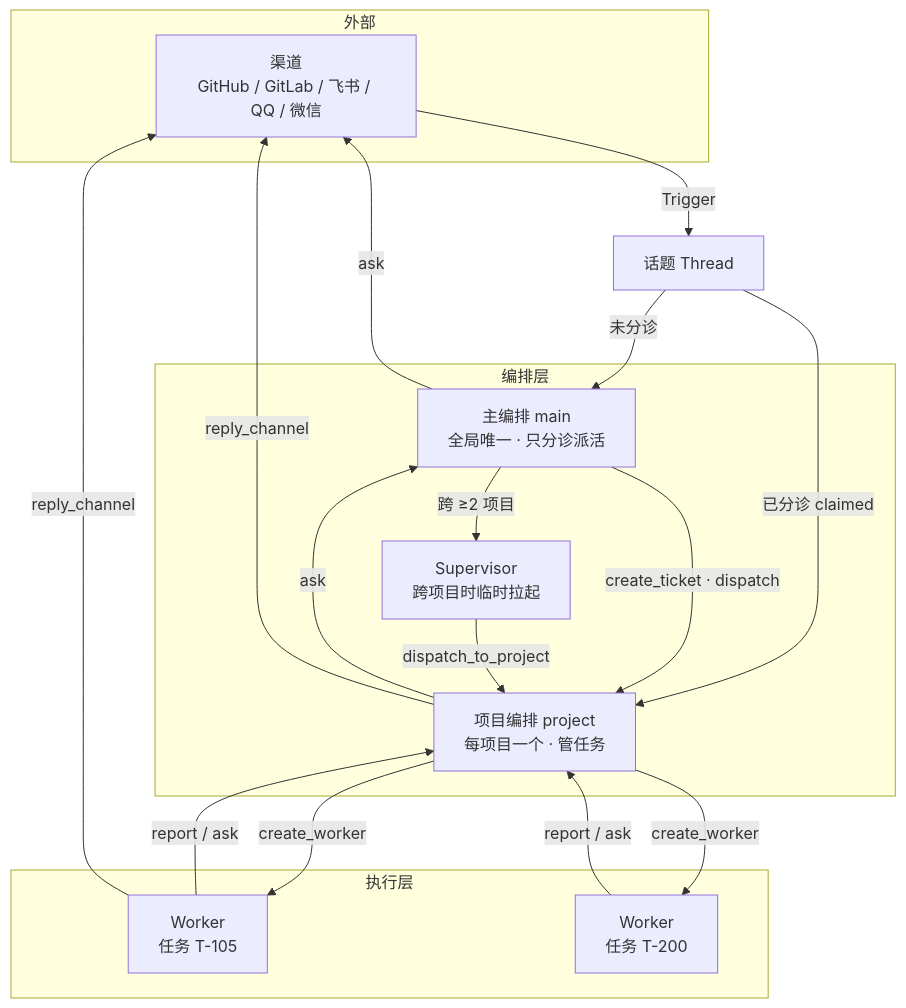
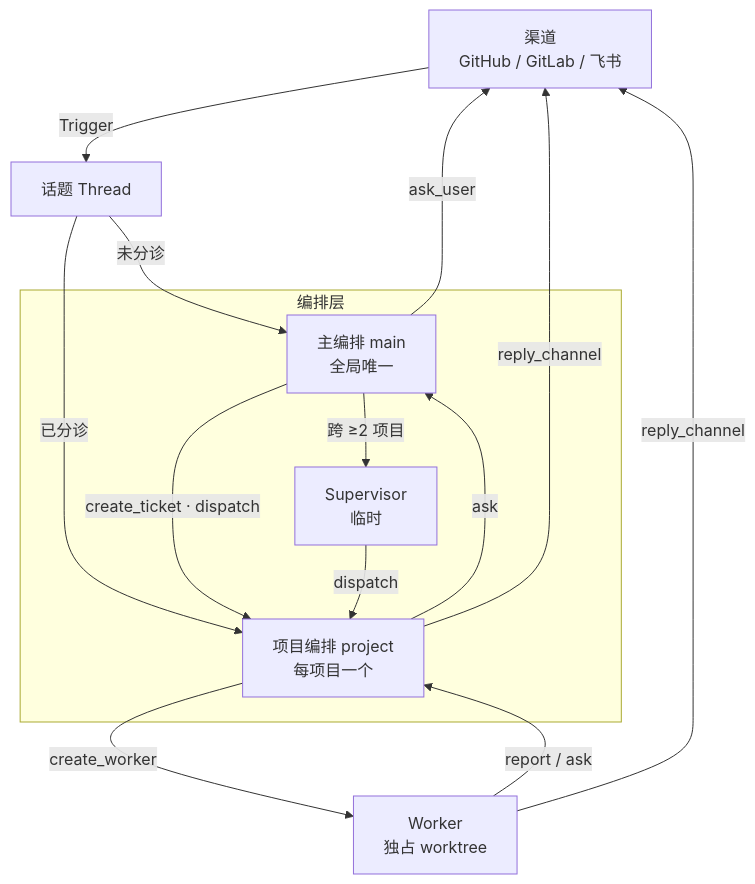
The first of 11 diagrams in docs/flow.md (omdsh-dev/dsh-nexus), drawn with Mermaid before and after one commit. The commit also changed other lines of this file and 52 other files, not shown here.

````diff
--- a/docs/flow.md
+++ b/docs/flow.md
@@ -23,32 +14,25 @@
 ```mermaid
 flowchart TB
-    subgraph 外部
-        CH["渠道<br/>GitHub / GitLab / 飞书 / QQ / 微信"]
+    CH["渠道<br/>GitHub / GitLab / 飞书"]
+
+    subgraph 编排层
+        MAIN["主编排 main<br/>全局唯一"]
+        PROJ["项目编排 project<br/>每项目一个"]
+        SUP["Supervisor<br/>临时"]
     end
 
-    subgraph 编排层
-        MAIN["主编排 main<br/>全局唯一 · 只分诊派活"]
-        PROJ["项目编排 project<br/>每项目一个 · 管任务"]
-        SUP["Supervisor<br/>跨项目时临时拉起"]
-    end
-
-    subgraph 执行层
-        W1["Worker<br/>任务 T-105"]
-        W2["Worker<br/>任务 T-200"]
-    end
+    W["Worker<br/>独占 worktree"]
 
     CH -->|"Trigger"| TH["话题 Thread"]
     TH -->|"未分诊"| MAIN
-    TH -->|"已分诊 claimed"| PROJ
+    TH -->|"已分诊"| PROJ
     MAIN -->|"create_ticket · dispatch"| PROJ
     MAIN -->|"跨 ≥2 项目"| SUP
-    SUP -->|"dispatch_to_project"| PROJ
-    PROJ -->|"create_worker"| W1
-    PROJ -->|"create_worker"| W2
-    W1 -->|"report / ask"| PROJ
-    W2 -->|"report / ask"| PROJ
+    SUP -->|"dispatch"| PROJ
+    PROJ -->|"create_worker"| W
+    W -->|"report / ask"| PROJ
     PROJ -->|"ask"| MAIN
-    MAIN -->|"ask"| CH
+    MAIN -->|"ask_user"| CH
     PROJ -->|"reply_channel"| CH
-    W1 -->|"reply_channel"| CH
+    W -->|"reply_channel"| CH
 ```
````
